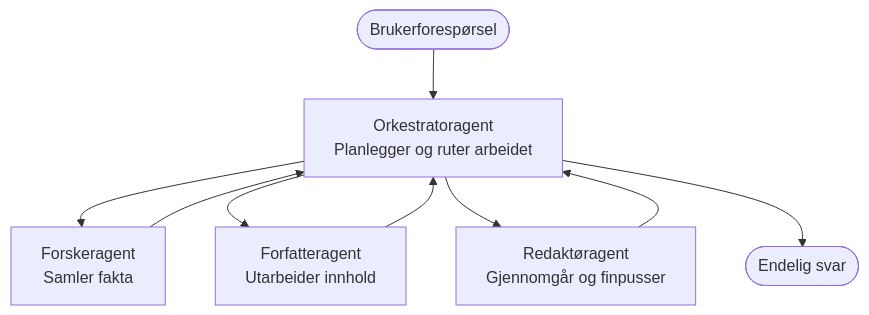
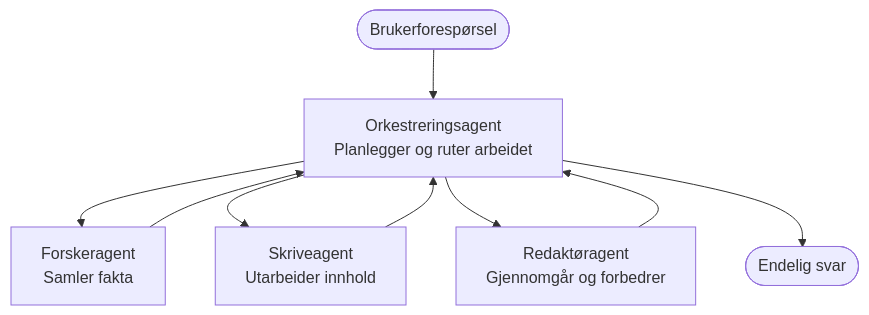
The diagram in translations/no/docs/chapter-05-multi-agent/multi-agent-basics.md (microsoft/AZD-for-beginners), drawn with Mermaid before and after one commit. The commit also changed other lines of this file and 61 other files, not shown here.

````diff
--- a/translations/no/docs/chapter-05-multi-agent/multi-agent-basics.md
+++ b/translations/no/docs/chapter-05-multi-agent/multi-agent-basics.md
@@ -43,11 +43,11 @@
 ```mermaid
 graph TD
-    User([Brukerforespørsel]) --> Orchestrator[Orkestratoragent<br/>Planlegger og ruter arbeidet]
+    User([Brukerforespørsel]) --> Orchestrator[Orkestreringsagent<br/>Planlegger og ruter arbeidet]
     Orchestrator --> Researcher[Forskeragent<br/>Samler fakta]
-    Orchestrator --> Writer[Forfatteragent<br/>Utarbeider innhold]
-    Orchestrator --> Editor[Redaktøragent<br/>Gjennomgår og finpusser]
+    Orchestrator --> Writer[Skriveagent<br/>Utarbeider innhold]
+    Orchestrator --> Editor[Redaktøragent<br/>Gjennomgår og forbedrer]
     Researcher --> Orchestrator
     Writer --> Orchestrator
     Editor --> Orchestrator
     Orchestrator --> Result([Endelig svar])
 ```
````
